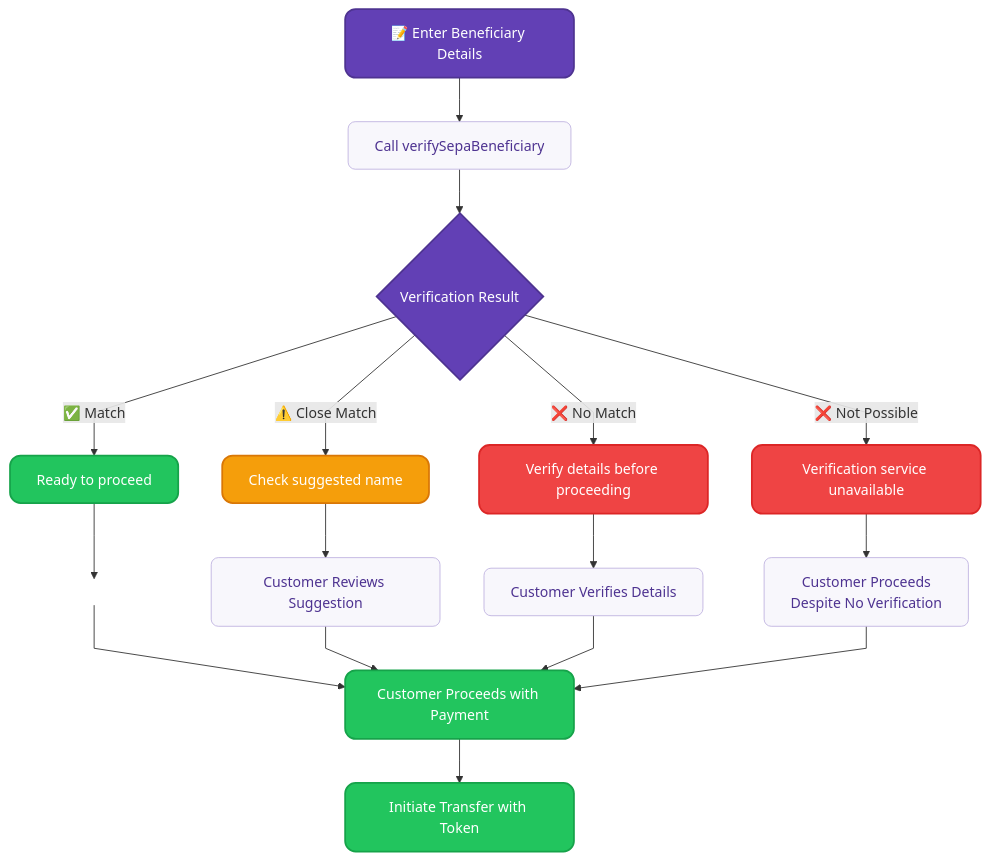
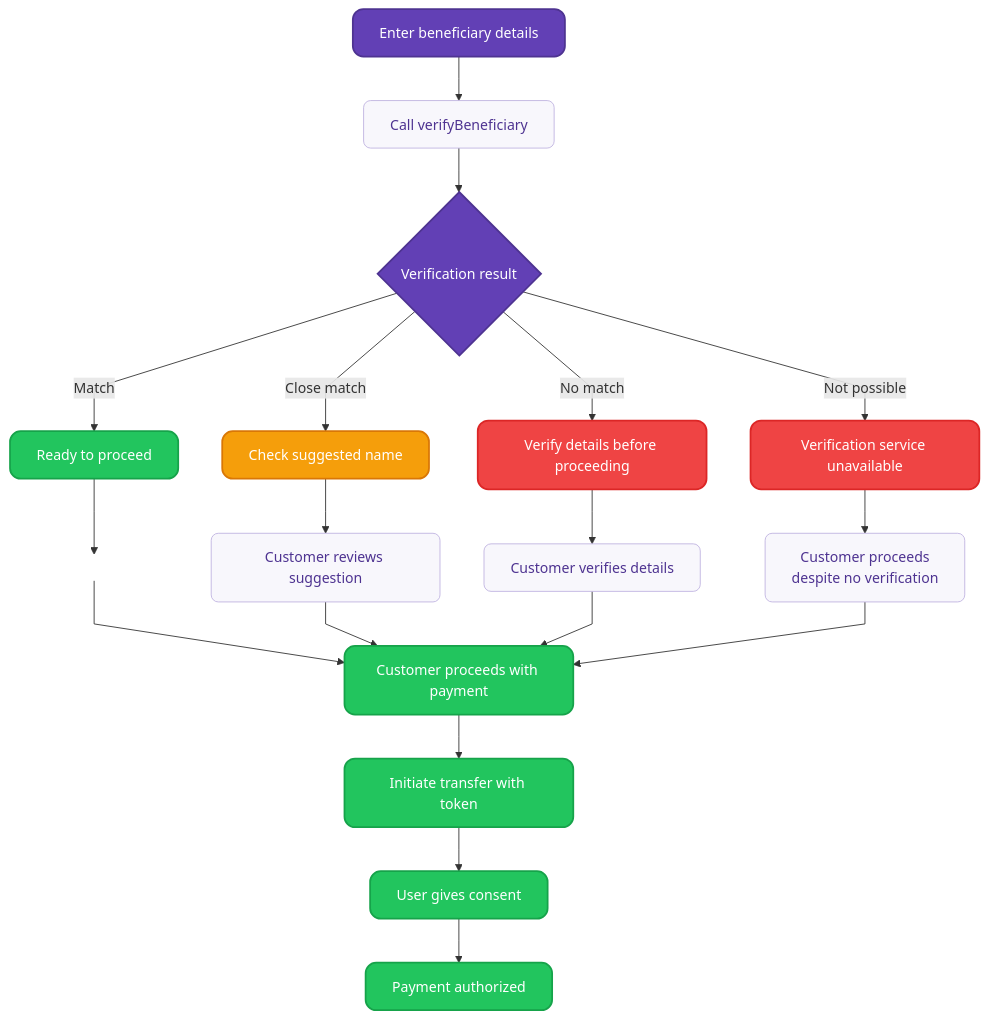
Before and after one commit to swan-io/docs: the second of 2 diagrams in docs/topics/payments/credit-transfers/sepa/verification-of-payee.mdx, drawn with Mermaid. The commit also changed other lines of this file, not shown here.

````diff
--- a/docs/topics/payments/credit-transfers/sepa/verification-of-payee.mdx
+++ b/docs/topics/payments/credit-transfers/sepa/verification-of-payee.mdx
@@ -153,47 +253,49 @@
 ```mermaid
 %%{ init: { 'flowchart': { 'curve': 'linear' } } }%%
 flowchart TD
-    A["📝 Enter Beneficiary Details"] --> B[Call verifySepaBeneficiary]
-    B --> C{Verification Result}
+    A["Enter beneficiary details"] --> B[Call verifyBeneficiary]
+    B --> C{Verification result}
     
     D["Ready to proceed"]
     E["Check suggested name"]  
     F["Verify details before proceeding"]
     G["Verification service unavailable"]
     
-    C -->|"✅ Match"| D
-    C -->|"⚠️ Close Match"| E
-    C -->|"❌ No Match"| F
-    C -->|"❌ Not Possible"| G
+    C -->|"Match"| D
+    C -->|"Close match"| E
+    C -->|"No match"| F
+    C -->|"Not possible"| G
     
     D --> H[" "]
-    E --> I["Customer Reviews Suggestion"]
-    F --> J["Customer Verifies Details"]
-    G --> K["Customer Proceeds<br>Despite No Verification"]
+    E --> I["Customer reviews suggestion"]
+    F --> J["Customer verifies details"]
+    G --> K["Customer proceeds<br>despite no verification"]
     
-    H --> L["Customer Proceeds with Payment"]
+    H --> L["Customer proceeds with payment"]
     I --> L
     J --> L
     K --> L
     
-    L --> M["Initiate Transfer with Token"]
+    L --> M["Initiate transfer with token"]
+    M --> N["User gives consent"]
+    N --> O["Payment authorized"]
     
     classDef default fill:#ffffff,stroke:#6240b5,stroke-width:1px,color:#271a48,rx:12,ry:12
     classDef input fill:#6240b5,stroke:#4e3391,stroke-width:2px,color:#ffffff,rx:12,ry:12
     classDef decision fill:#6240b5,stroke:#4e3391,stroke-width:2px,color:#ffffff,rx:20,ry:20
     classDef success fill:#22c55e,stroke:#16a34a,stroke-width:2px,color:#ffffff,rx:12,ry:12
     classDef warning fill:#f59e0b,stroke:#d97706,stroke-width:2px,color:#ffffff,rx:12,ry:12
     classDef error fill:#ef4444,stroke:#dc2626,stroke-width:2px,color:#ffffff,rx:12,ry:12
     classDef process fill:#f8f7fc,stroke:#c0b3e1,stroke-width:1px,color:#4e3391,rx:8,ry:8
     classDef final fill:#22c55e,stroke:#16a34a,stroke-width:2px,color:#ffffff,rx:12,ry:12
     classDef invisible fill:transparent,stroke:transparent,stroke-width:0px,color:transparent
     
     class A input
     class C decision
     class D success
     class E warning
     class F,G error
     class B,I,J,K process
-    class L,M final
+    class L,M,N,O final
     class H invisible
 ```
````
